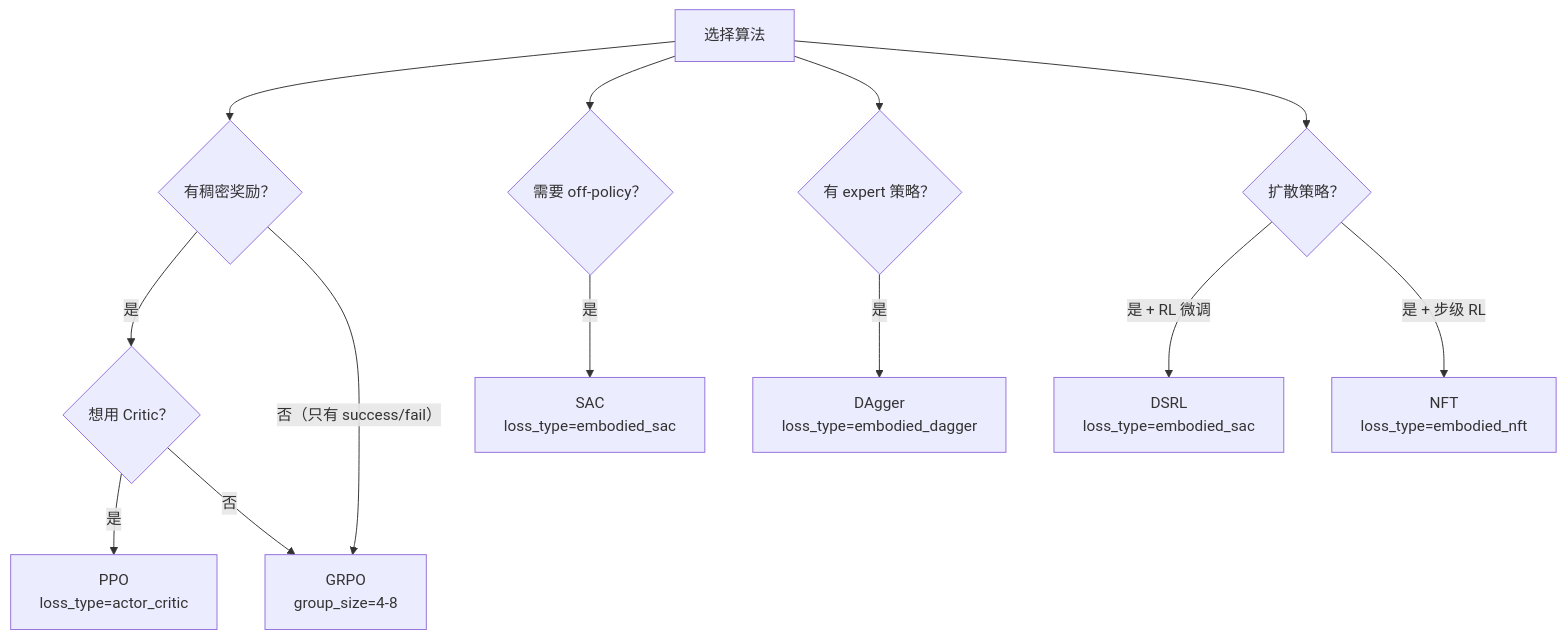
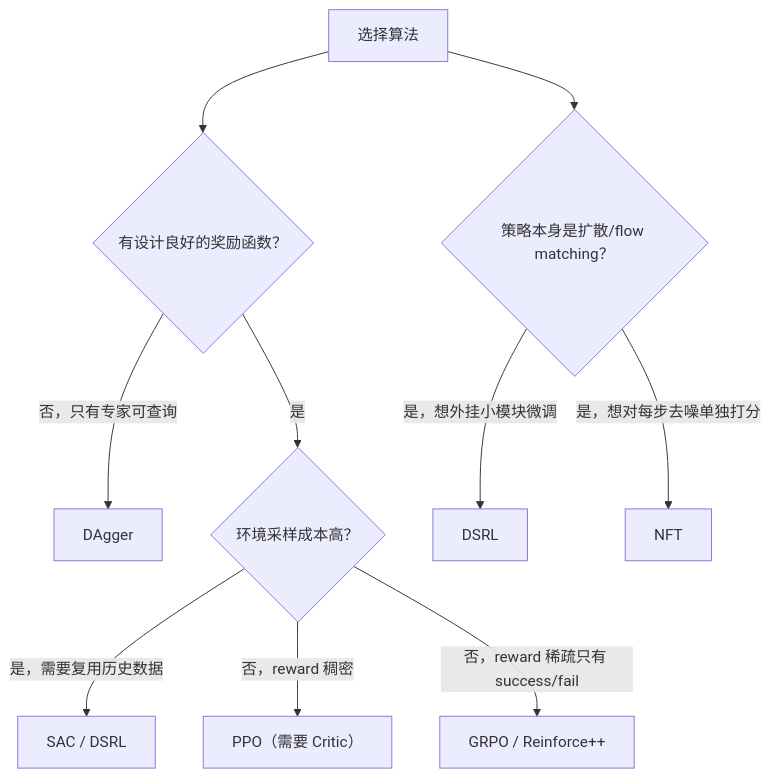
The diagram in 系列/rlinf_deep_dive/10_算法实现_SAC与其他算法.md (endlesscollider/paper), drawn with Mermaid before and after one commit. The commit also changed other lines of this file and 40 other files, not shown here.

````diff
--- a/系列/rlinf_deep_dive/10_算法实现_SAC与其他算法.md
+++ b/系列/rlinf_deep_dive/10_算法实现_SAC与其他算法.md
@@ -216,19 +174,12 @@
 ```mermaid
 flowchart TD
-    Start["选择算法"] --> HasReward{"有稠密奖励？"}
-    HasReward -->|"是"| HasCritic{"想用 Critic？"}
-    HasReward -->|"否（只有 success/fail）"| GRPO["GRPO<br/>group_size=4-8"]
-    
-    HasCritic -->|"是"| PPO["PPO<br/>loss_type=actor_critic"]
-    HasCritic -->|"否"| GRPO
-    
-    Start --> IsOffPolicy{"需要 off-policy？"}
-    IsOffPolicy -->|"是"| SAC["SAC<br/>loss_type=embodied_sac"]
-    
-    Start --> HasExpert{"有 expert 策略？"}
-    HasExpert -->|"是"| DAgger["DAgger<br/>loss_type=embodied_dagger"]
-    
-    Start --> IsDiffusion{"扩散策略？"}
-    IsDiffusion -->|"是 + RL 微调"| DSRL["DSRL<br/>loss_type=embodied_sac"]
-    IsDiffusion -->|"是 + 步级 RL"| NFT["NFT<br/>loss_type=embodied_nft"]
+    Start["选择算法"] --> HasReward{"有设计良好的奖励函数？"}
+    HasReward -->|"否，只有专家可查询"| DAgger["DAgger"]
+    HasReward -->|"是"| SampleCost{"环境采样成本高？"}
+    SampleCost -->|"是，需要复用历史数据"| SAC["SAC / DSRL"]
+    SampleCost -->|"否，reward 稠密"| PPO["PPO（需要 Critic）"]
+    SampleCost -->|"否，reward 稀疏只有 success/fail"| GRPO["GRPO / Reinforce++"]
+    Start --> IsDiffusion{"策略本身是扩散/flow matching？"}
+    IsDiffusion -->|"是，想外挂小模块微调"| DSRL2["DSRL"]
+    IsDiffusion -->|"是，想对每步去噪单独打分"| NFT["NFT"]
 ```
````
